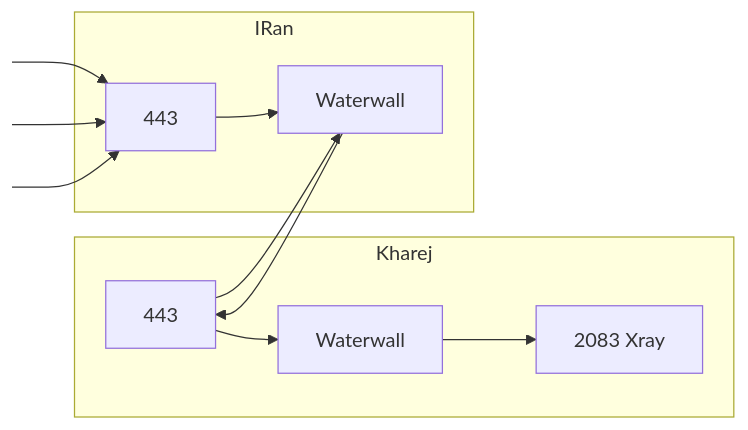
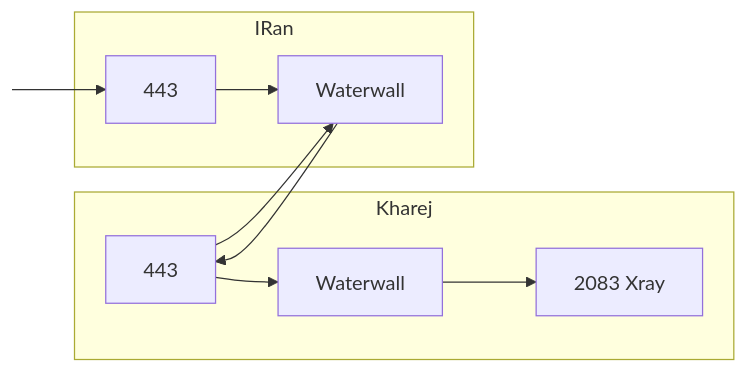
Before and after one commit to just-the-docs/just-the-docs-template: the diagram in HalfDuplex-Tunnel-or-Direct.md, drawn with Mermaid. The commit also changed other lines of this file, not shown here.

````diff
--- a/HalfDuplex-Tunnel-or-Direct.md
+++ b/HalfDuplex-Tunnel-or-Direct.md
@@ -75,16 +55,14 @@
 ```mermaid
 flowchart LR;
     subgraph Kharej;
     B1[443];
     W_K[Waterwall];
     B4[2083 Xray];
     end;
     subgraph IRan;
     PIN[443] --> W_I[Waterwall] --> B1 --> W_I;
     end;
     B1 --> W_K --> B4;
     1START:::hidden --> PIN;
-    2START:::hidden --> PIN;
-    3START:::hidden -->PIN;
     classDef hidden display: none;
 ```
````
